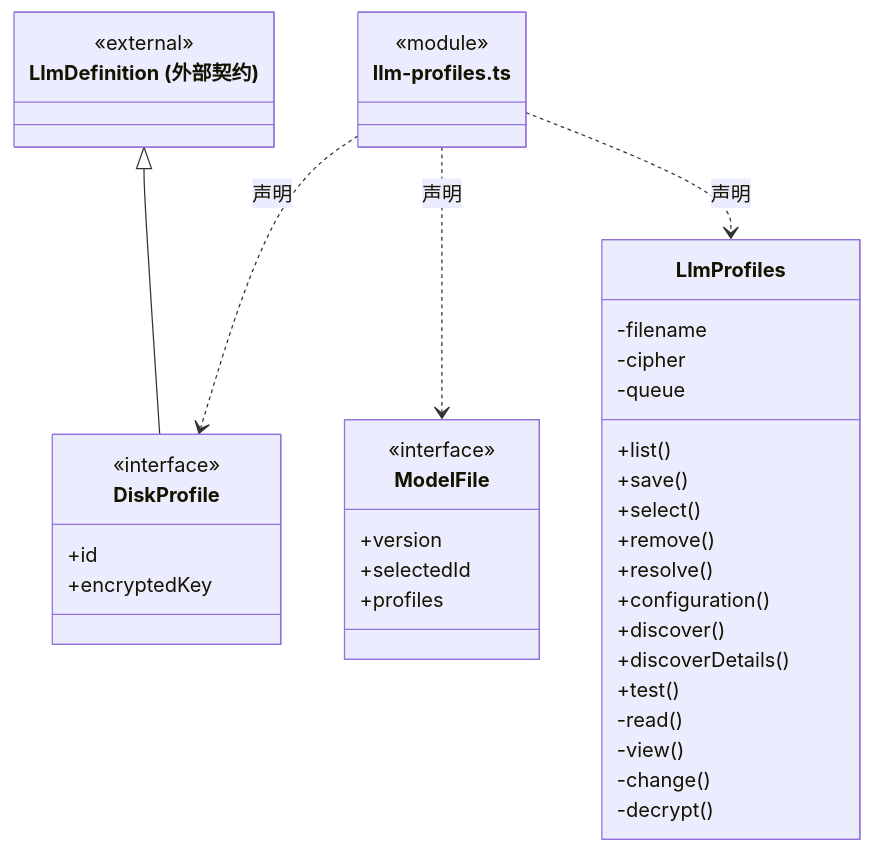
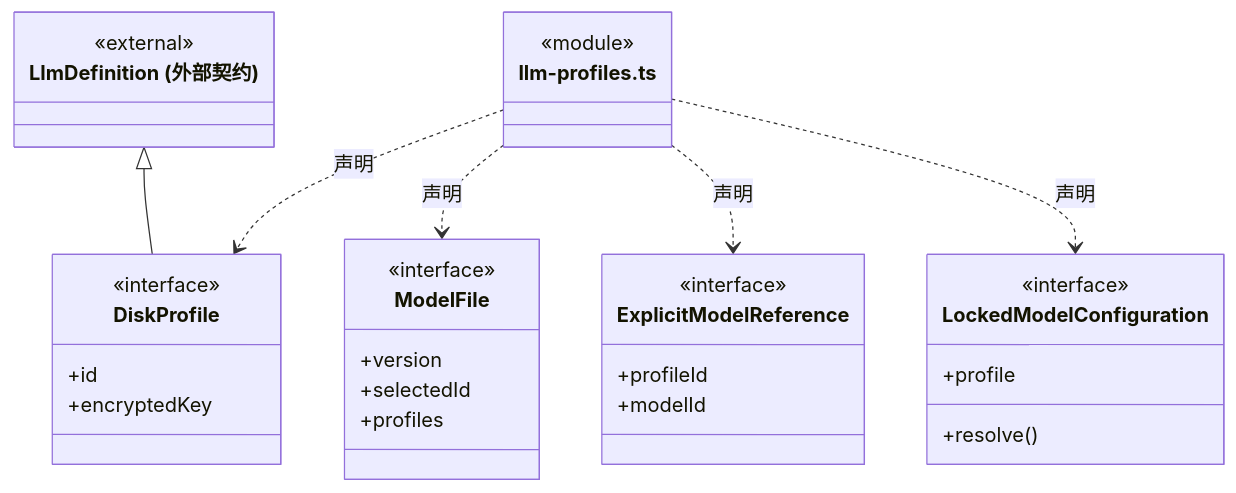
One commit to nan023062/cbim changed the third of 5 diagrams in src/backend/main/persistence/settings/ARCHITECTURE.md. Above: the diagram before and after it, drawn with Mermaid. The commit also changed other lines of this file and 224 other files, not shown here.

````diff
--- a/src/backend/main/persistence/settings/ARCHITECTURE.md
+++ b/src/backend/main/persistence/settings/ARCHITECTURE.md
@@ -80,42 +78,35 @@
 ```mermaid
 classDiagram
 class N_src_backend_main_persistence_settings_llm_profiles_ts["llm-profiles.ts"] {
   <<module>>
 }
 class N_src_backend_main_persistence_settings_llm_profiles_ts_DiskProfile["DiskProfile"] {
   <<interface>>
   +id
   +encryptedKey
 }
 N_src_backend_main_persistence_settings_llm_profiles_ts ..> N_src_backend_main_persistence_settings_llm_profiles_ts_DiskProfile : 声明
 class N_src_backend_main_persistence_settings_llm_profiles_ts_external_LlmDefinition["LlmDefinition (外部契约)"] {
   <<external>>
 }
 N_src_backend_main_persistence_settings_llm_profiles_ts_external_LlmDefinition <|-- N_src_backend_main_persistence_settings_llm_profiles_ts_DiskProfile
 class N_src_backend_main_persistence_settings_llm_profiles_ts_ModelFile["ModelFile"] {
   <<interface>>
   +version
   +selectedId
   +profiles
 }
 N_src_backend_main_persistence_settings_llm_profiles_ts ..> N_src_backend_main_persistence_settings_llm_profiles_ts_ModelFile : 声明
-class N_src_backend_main_persistence_settings_llm_profiles_ts_LlmProfiles["LlmProfiles"] {
-  +list()
-  +save()
-  +select()
-  +remove()
+class N_src_backend_main_persistence_settings_llm_profiles_ts_ExplicitModelReference["ExplicitModelReference"] {
+  <<interface>>
+  +profileId
+  +modelId
+}
+N_src_backend_main_persistence_settings_llm_profiles_ts ..> N_src_backend_main_persistence_settings_llm_profiles_ts_ExplicitModelReference : 声明
+class N_src_backend_main_persistence_settings_llm_profiles_ts_LockedModelConfiguration["LockedModelConfiguration"] {
+  <<interface>>
+  +profile
   +resolve()
-  +configuration()
-  +discover()
-  +discoverDetails()
-  +test()
-  -filename
-  -cipher
-  -queue
-  -read()
-  -view()
-  -change()
-  -decrypt()
 }
-N_src_backend_main_persistence_settings_llm_profiles_ts ..> N_src_backend_main_persistence_settings_llm_profiles_ts_LlmProfiles : 声明
+N_src_backend_main_persistence_settings_llm_profiles_ts ..> N_src_backend_main_persistence_settings_llm_profiles_ts_LockedModelConfiguration : 声明
 ```
````
